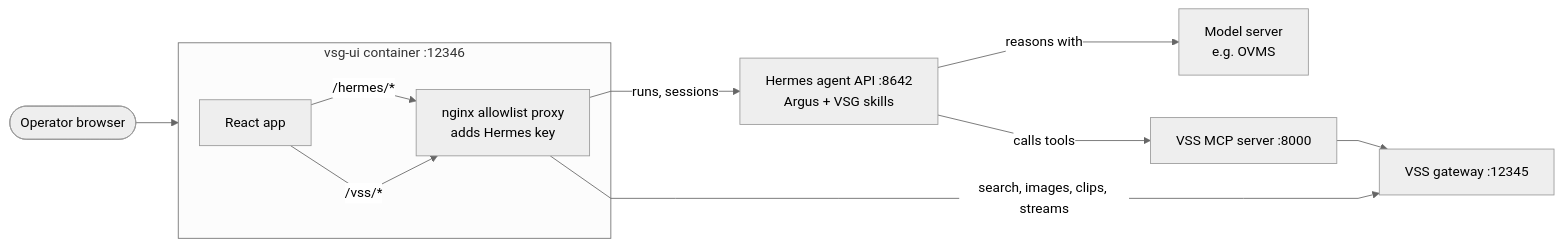
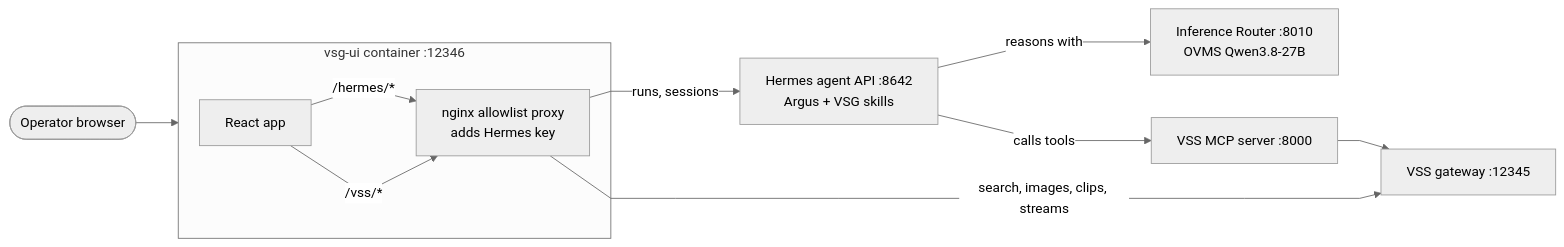
One commit to open-edge-platform/metro-ai-suite changed the first of 2 diagrams in virtual-security-guard-agent/docs/user-guide/how-it-works.md. Above: the diagram before and after it, drawn with Mermaid (neutral theme). The commit also changed other lines of this file and 132 other files, not shown here.

````diff
--- a/virtual-security-guard-agent/docs/user-guide/how-it-works.md
+++ b/virtual-security-guard-agent/docs/user-guide/how-it-works.md
@@ -15,18 +15,18 @@
 ```mermaid
 %%{init: {"flowchart": {"curve": "linear"}}}%%
 flowchart LR
   OP([Operator browser]) --> UI
 
   subgraph UI["vsg-ui container :12346"]
     SPA[React app]
     NGX[nginx allowlist proxy<br/>adds Hermes key]
   end
 
   SPA -->|/hermes/*| NGX
   SPA -->|/vss/*| NGX
   NGX -->|runs, sessions| HERMES[Hermes agent API :8642<br/>Argus + VSG skills]
   NGX -->|search, images, clips, streams| VSS[VSS gateway :12345]
-  HERMES -->|reasons with| LLM[Model server<br/>e.g. OVMS]
+  HERMES -->|reasons with| LLM[Inference Router :8010<br/>OVMS Qwen3.8-27B]
   HERMES -->|calls tools| MCP[VSS MCP server :8000]
   MCP --> VSS
 ```
````
